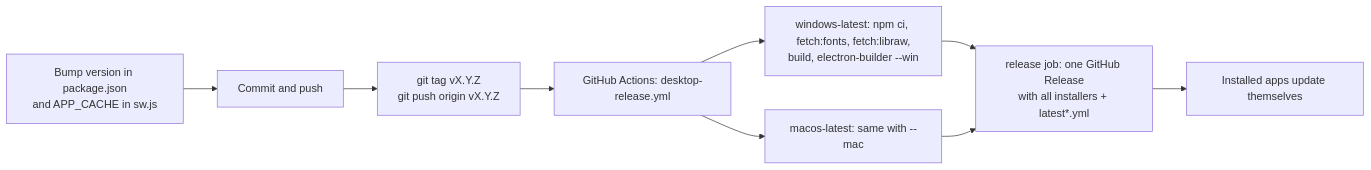
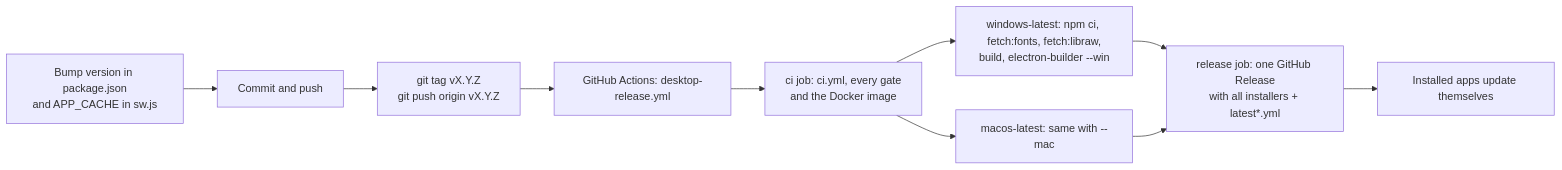
The diagram in specs/build.md (RVicky172/Chitthi), drawn with Mermaid before and after one commit. The commit also changed other lines of this file and 19 other files, not shown here.

````diff
--- a/specs/build.md
+++ b/specs/build.md
@@ -116,11 +116,12 @@
 ```mermaid
 flowchart LR
   A[Bump version in package.json<br/>and APP_CACHE in sw.js] --> B[Commit and push]
   B --> C[git tag vX.Y.Z<br/>git push origin vX.Y.Z]
   C --> D[GitHub Actions: desktop-release.yml]
-  D --> E[windows-latest: npm ci, fetch:fonts, fetch:libraw,<br/>build, electron-builder --win]
-  D --> F[macos-latest: same with --mac]
+  D --> CI[ci job: ci.yml, every gate<br/>and the Docker image]
+  CI --> E[windows-latest: npm ci, fetch:fonts, fetch:libraw,<br/>build, electron-builder --win]
+  CI --> F[macos-latest: same with --mac]
   E --> G[release job: one GitHub Release<br/>with all installers + latest*.yml]
   F --> G
   G --> H[Installed apps update themselves]
 ```
````
